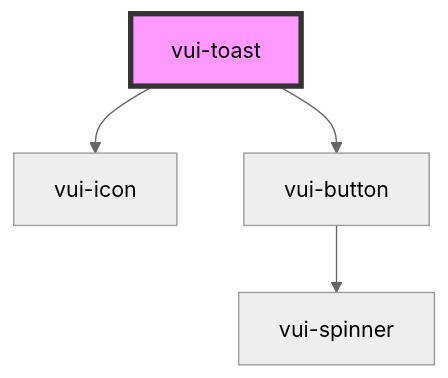
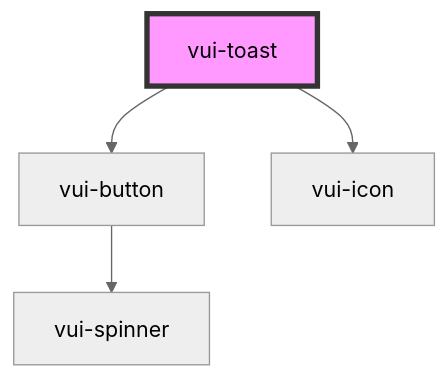
The diagram in packages/stencil-library/src/components/toast/readme.md (verite-team/verite-elements), drawn with Mermaid (neutral theme) before and after one commit. The commit also changed other lines of this file and 14 other files, not shown here.

````diff
--- a/packages/stencil-library/src/components/toast/readme.md
+++ b/packages/stencil-library/src/components/toast/readme.md
@@ -89,7 +91,7 @@
 ```mermaid
 graph TD;
+  vui-toast --> vui-button
   vui-toast --> vui-icon
-  vui-toast --> vui-button
   vui-button --> vui-spinner
   style vui-toast fill:#f9f,stroke:#333,stroke-width:4px
 ```
````
